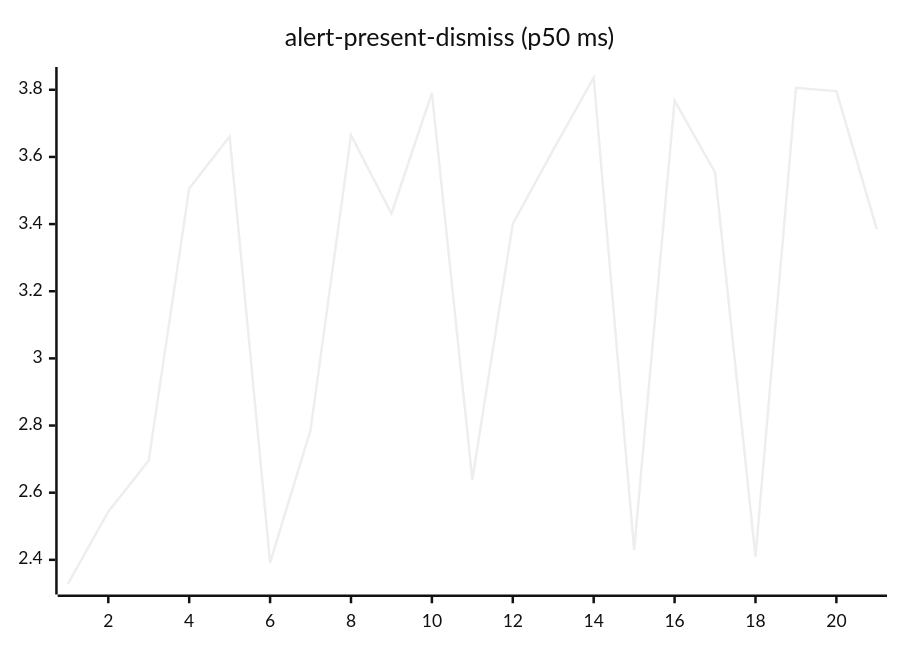
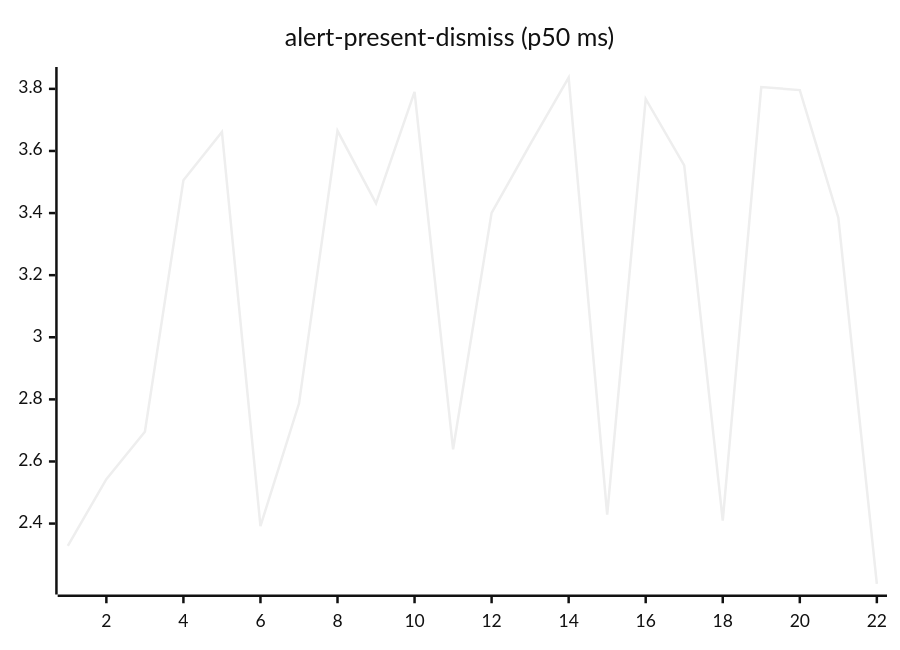
One commit to josha/Facet changed the second of 27 diagrams in README.md. Above: the diagram before and after it, drawn with Mermaid (neutral theme). The commit also changed other lines of this file and 2 other files, not shown here.

````diff
--- a/README.md
+++ b/README.md
@@ -70,6 +70,6 @@
 ```mermaid
 xychart-beta
     title "alert-present-dismiss (p50 ms)"
-    x-axis 1 --> 21
-    line [2.3284, 2.5432, 2.6957, 3.5058, 3.6611, 2.3918, 2.7865, 3.6648, 3.4312, 3.7906, 2.6392, 3.4008, 3.6212, 3.8362, 2.4288, 3.7676, 3.5538, 2.4095, 3.8060, 3.7961, 3.3851]
+    x-axis 1 --> 22
+    line [2.3284, 2.5432, 2.6957, 3.5058, 3.6611, 2.3918, 2.7865, 3.6648, 3.4312, 3.7906, 2.6392, 3.4008, 3.6212, 3.8362, 2.4288, 3.7676, 3.5538, 2.4095, 3.8060, 3.7961, 3.3851, 2.2058]
 ```
````
